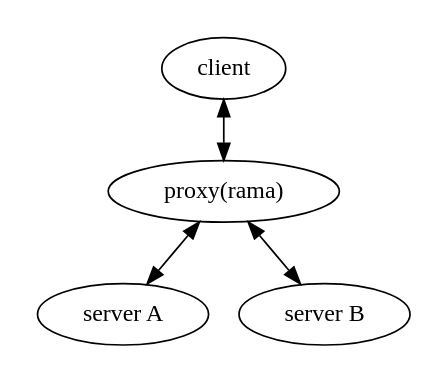
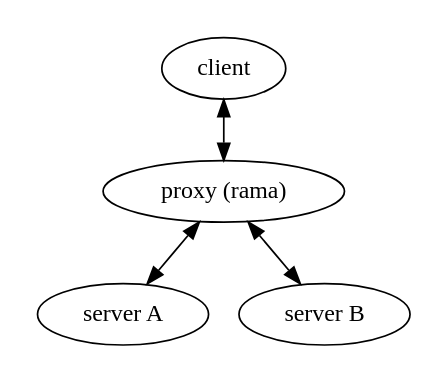
The diagram in docs/book/src/proxies/http.md (plabayo/rama), drawn with Graphviz before and after one commit. The commit also changed 5 other files, not shown here.

````diff
--- a/docs/book/src/proxies/http.md
+++ b/docs/book/src/proxies/http.md
@@ -19,8 +19,8 @@
 ```dot process
 digraph {
     pad=0.2;
-    "client" -> "proxy(rama)" [dir=both]
-    "proxy(rama)" -> "server A" [dir=both]
-    "proxy(rama)" -> "server B" [dir=both]
+    "client" -> "proxy (rama)" [dir=both]
+    "proxy (rama)" -> "server A" [dir=both]
+    "proxy (rama)" -> "server B" [dir=both]
 }
 ```
````
